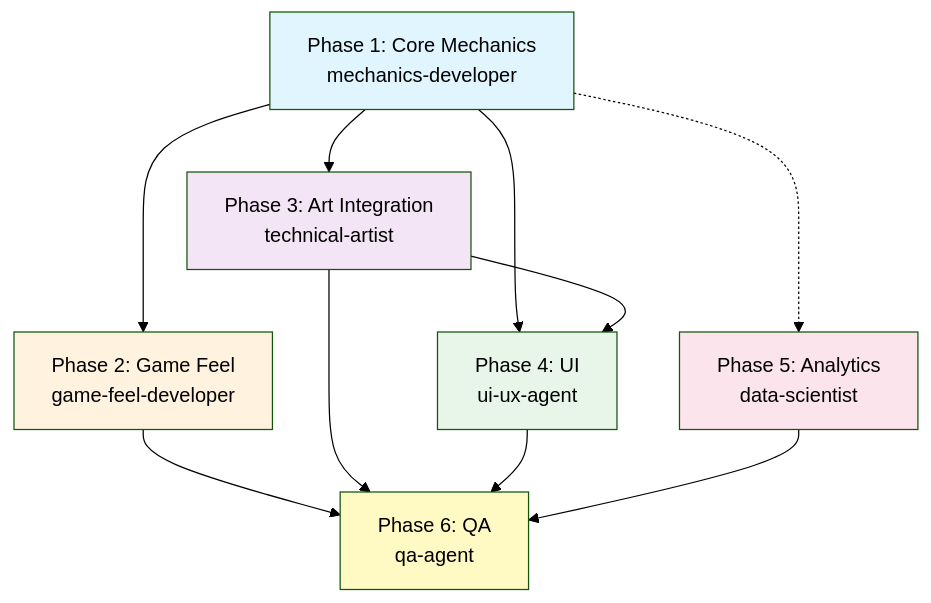
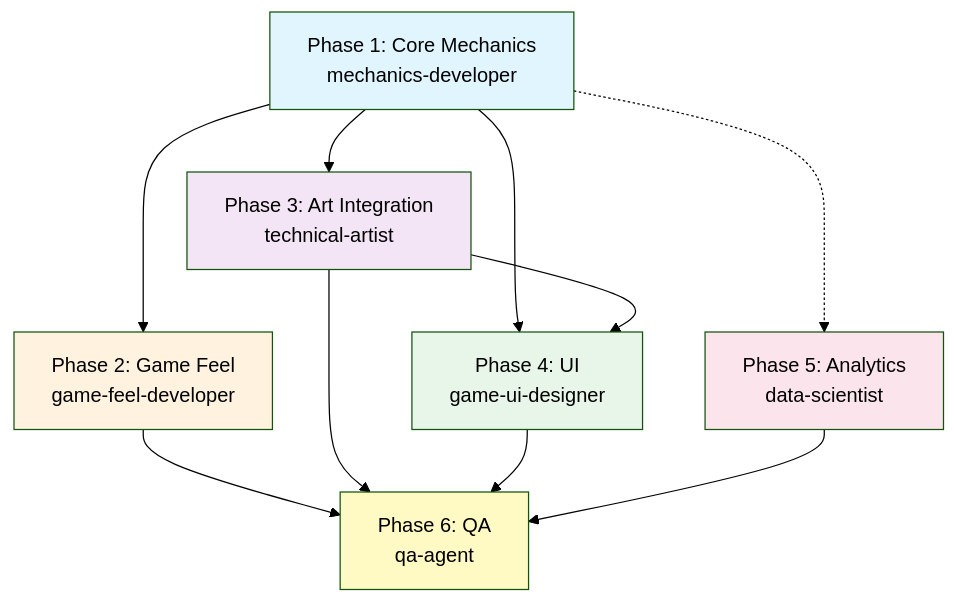
One commit to tundraray/overture changed the eighth of 10 diagrams in docs/overture/gamedev-workflows.md. Above: the diagram before and after it, drawn with Mermaid (forest theme). The commit also changed other lines of this file and 92 other files, not shown here.

````diff
--- a/docs/overture/gamedev-workflows.md
+++ b/docs/overture/gamedev-workflows.md
@@ -275,19 +275,19 @@
 ```mermaid
 graph TB
     P1[Phase 1: Core Mechanics<br/>mechanics-developer] --> P2[Phase 2: Game Feel<br/>game-feel-developer]
     P1 --> P3[Phase 3: Art Integration<br/>technical-artist]
-    P1 --> P4[Phase 4: UI<br/>ui-ux-agent]
+    P1 --> P4[Phase 4: UI<br/>game-ui-designer]
     P3 --> P4
     P1 -.-> P5[Phase 5: Analytics<br/>data-scientist]
     P2 --> P6[Phase 6: QA<br/>qa-agent]
     P3 --> P6
     P4 --> P6
     P5 --> P6
 
     style P1 fill:#e1f5fe
     style P2 fill:#fff3e0
     style P3 fill:#f3e5f5
     style P4 fill:#e8f5e9
     style P5 fill:#fce4ec
     style P6 fill:#fff9c4
 ```
````
